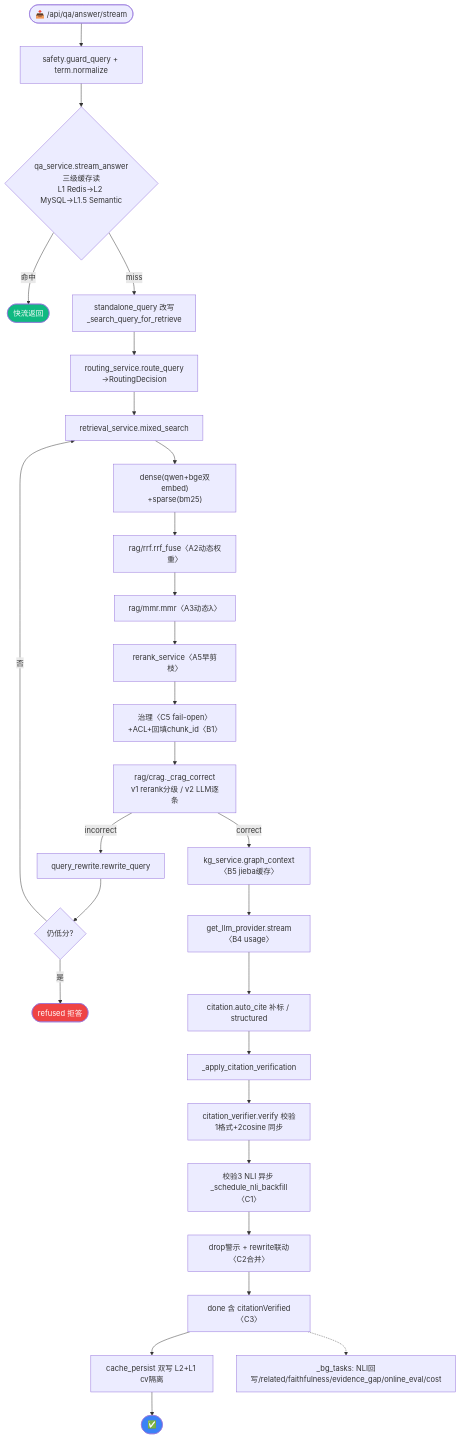
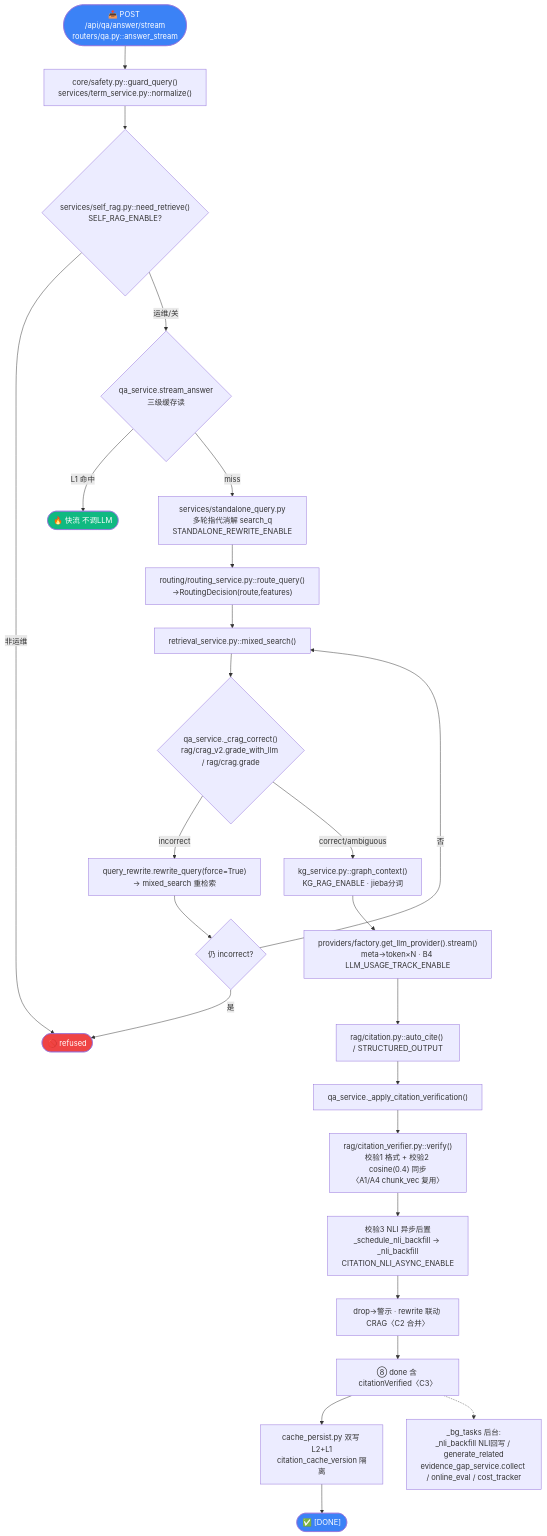
Before and after one commit to zhyese/grid-qa: the second of 7 diagrams in docs/系统架构.md, drawn with Mermaid. The commit also changed other lines of this file, not shown here.

First line of the commit message:
docs(arch): mermaid 重构到代码级(7张图 节点带 文件::函数/表/开关)

````diff
--- a/docs/系统架构.md
+++ b/docs/系统架构.md
@@ -234,33 +87,37 @@
 ```mermaid
 flowchart TD
-    A([📥 /api/qa/answer/stream]) --> B["safety.guard_query + term.normalize"]
-    B --> C{"qa_service.stream_answer<br/>三级缓存读<br/>L1 Redis→L2 MySQL→L1.5 Semantic"}
-    C -->|命中| Z1(["快流返回"]):::hit
-    C -->|miss| D["standalone_query 改写<br/>_search_query_for_retrieve"]
-    D --> E["routing_service.route_query<br/>→RoutingDecision"]
-    E --> F["retrieval_service.mixed_search"]
-    F --> F1["dense(qwen+bge双embed)<br/>+sparse(bm25)"]
-    F1 --> F2["rag/rrf.rrf_fuse〈A2动态权重〉"]
-    F2 --> F3["rag/mmr.mmr〈A3动态λ〉"]
-    F3 --> F4["rerank_service〈A5早剪枝〉"]
-    F4 --> F5["治理〈C5 fail-open〉+ACL+回填chunk_id〈B1〉"]
-    F5 --> G["rag/crag._crag_correct<br/>v1 rerank分级 / v2 LLM逐条"]
-    G -->|incorrect| G1["query_rewrite.rewrite_query"]
-    G1 --> G2{"仍低分?"}
-    G2 -->|是| Z2(["refused 拒答"]):::refuse
-    G2 -->|否| F
-    G -->|correct| H["kg_service.graph_context〈B5 jieba缓存〉"]
-    H --> I["get_llm_provider.stream〈B4 usage〉"]
-    I --> J["citation.auto_cite 补标 / structured"]
-    J --> K["_apply_citation_verification"]
-    K --> K1["citation_verifier.verify 校验1格式+2cosine 同步"]
-    K1 --> K2["校验3 NLI 异步 _schedule_nli_backfill〈C1〉"]
-    K2 --> L["drop警示 + rewrite联动〈C2合并〉"]
-    L --> M["done 含 citationVerified〈C3〉"]
-    M --> N["cache_persist 双写 L2+L1 cv隔离"]
-    M -.-> BG["_bg_tasks: NLI回写/related/faithfulness/evidence_gap/online_eval/cost"]
-    N --> END([✅]):::start
+    A(["📥 POST /api/qa/answer/stream<br/>routers/qa.py::answer_stream"]):::start
+    A --> B["core/safety.py::guard_query()<br/>services/term_service.py::normalize()"]
+    B --> Self{"services/self_rag.py::need_retrieve()<br/>SELF_RAG_ENABLE?"}
+    Self -->|非运维| Z2(["🚫 refused"]):::refuse
+    Self -->|运维/关| C{"qa_service.stream_answer<br/>三级缓存读"}
+
+    C -->|L1 命中| Z1(["🔥 快流 不调LLM"]):::hit
+    C -->|miss| D["services/standalone_query.py<br/>多轮指代消解 search_q<br/>STANDALONE_REWRITE_ENABLE"]
+    D --> RT["routing/routing_service.py::route_query()<br/>→RoutingDecision(route,features)"]
+    RT --> F["retrieval_service.py::mixed_search()"]
+
+    F --> CRAG{"qa_service._crag_correct()<br/>rag/crag_v2.grade_with_llm / rag/crag.grade"}
+    CRAG -->|incorrect| RW["query_rewrite.rewrite_query(force=True)<br/>→ mixed_search 重检索"]
+    RW --> CRAG2{"仍 incorrect?"}
+    CRAG2 -->|是| Z2
+    CRAG2 -->|否| F
+    CRAG -->|correct/ambiguous| H["kg_service.py::graph_context()<br/>KG_RAG_ENABLE · jieba分词"]
+
+    H --> I["providers/factory.get_llm_provider().stream()<br/>meta→token×N · B4 LLM_USAGE_TRACK_ENABLE"]
+    I --> J["rag/citation.py::auto_cite() / STRUCTURED_OUTPUT"]
+    J --> K["qa_service._apply_citation_verification()"]
+
+    K --> K1["rag/citation_verifier.py::verify()<br/>校验1 格式 + 校验2 cosine(0.4) 同步<br/>〈A1/A4 chunk_vec 复用〉"]
+    K1 --> K2["校验3 NLI 异步后置<br/>_schedule_nli_backfill → _nli_backfill<br/>CITATION_NLI_ASYNC_ENABLE"]
+    K2 --> L["drop→警示 · rewrite 联动 CRAG〈C2 合并〉"]
+    L --> M["⑧ done 含 citationVerified〈C3〉"]
+    M --> N["cache_persist.py 双写 L2+L1<br/>citation_cache_version 隔离"]
+
+    M -.-> BG["_bg_tasks 后台:<br/>_nli_backfill NLI回写 / generate_related<br/>evidence_gap_service.collect / online_eval / cost_tracker"]
+    N --> END(["✅ [DONE]"]):::start
+
 classDef start fill:#3b82f6,color:#fff;
 classDef hit fill:#10b981,color:#fff;
 classDef refuse fill:#ef4444,color:#fff;
 ```
````
